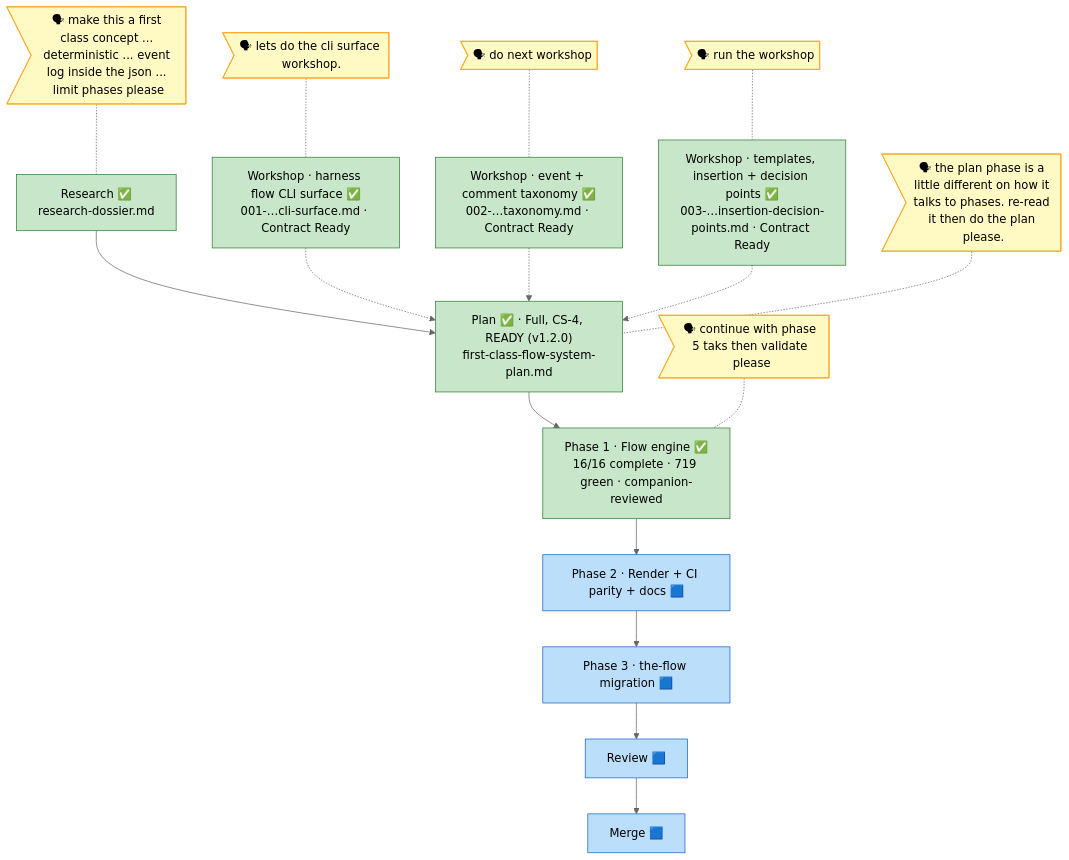
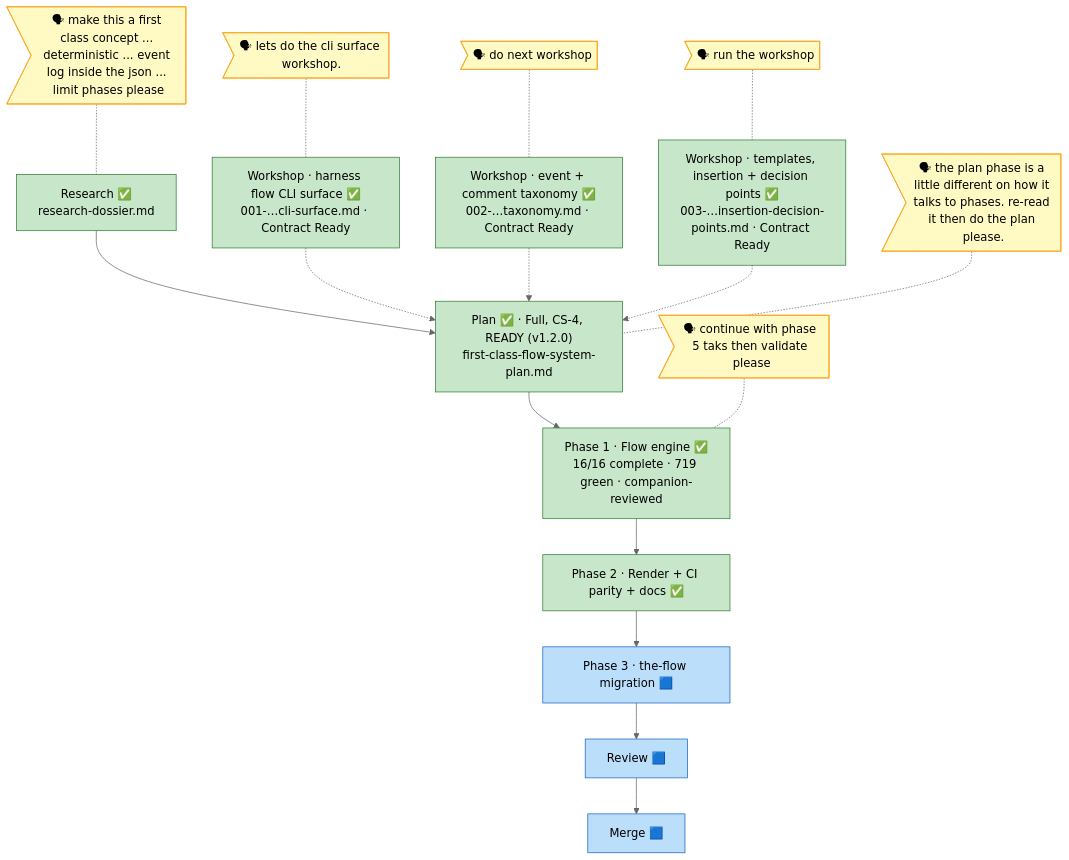
The diagram in docs/plans/024-first-class-flow-system/the-flow.md (AI-Substrate/harness-engineering), drawn with Mermaid (neutral theme) before and after one commit. The commit also changed other lines of this file and 2 other files, not shown here.

Commit message:
chore(024): flight plan — Phase 2 complete, cursor -> Phase 3

````diff
--- a/docs/plans/024-first-class-flow-system/the-flow.md
+++ b/docs/plans/024-first-class-flow-system/the-flow.md
@@ -6,46 +6,46 @@
 ```mermaid
 flowchart TD
     research["Research ✅<br/>research-dossier.md"]:::done
     plan["Plan ✅ · Full, CS-4, READY (v1.2.0)<br/>first-class-flow-system-plan.md"]:::done
     p1["Phase 1 · Flow engine ✅<br/>16/16 complete · 719 green · companion-reviewed"]:::done
-    p2["Phase 2 · Render + CI parity + docs 🟦"]:::known
+    p2["Phase 2 · Render + CI parity + docs ✅"]:::done
     p3["Phase 3 · the-flow migration 🟦"]:::known
     review["Review 🟦"]:::known
     merge["Merge 🟦"]:::known
 
     research --> plan
     plan --> p1
     p1 --> p2
     p2 --> p3
     p3 --> review
     review --> merge
 
     wsc["Workshop · harness flow CLI surface ✅<br/>001-…cli-surface.md · Contract Ready"]:::done
     wse["Workshop · event + comment taxonomy ✅<br/>002-…taxonomy.md · Contract Ready"]:::done
     wsi["Workshop · templates, insertion + decision points ✅<br/>003-…insertion-decision-points.md · Contract Ready"]:::done
     wsc -.-> plan
     wse -.-> plan
     wsi -.-> plan
 
     say_wsc>"🗣 lets do the cli surface workshop."]:::said
     say_wsc -.- wsc
     say_wse>"🗣 do next workshop"]:::said
     say_wse -.- wse
     say_wsi>"🗣 run the workshop"]:::said
     say_wsi -.- wsi
 
     say_r>"🗣 make this a first class concept ... deterministic ... event log inside the json ... limit phases please"]:::said
     say_r -.- research
     say_p>"🗣 the plan phase is a little different on how it talks to phases. re-read it then do the plan please."]:::said
     say_p -.- plan
     say_p1>"🗣 continue with phase 5 taks then validate please"]:::said
     say_p1 -.- p1
 
     classDef done fill:#C8E6C9,stroke:#2E7D32;
     classDef wip fill:#FFE0B2,stroke:#EF6C00;
     classDef blocked fill:#FFCDD2,stroke:#C62828;
     classDef known fill:#BBDEFB,stroke:#1565C0;
     classDef assumed fill:#ECEFF1,stroke:#90A4AE,stroke-dasharray:5 3;
     classDef said fill:#FFF9C4,stroke:#F9A825;
     classDef harness fill:#EDE7F6,stroke:#673AB7;
 ```
````
